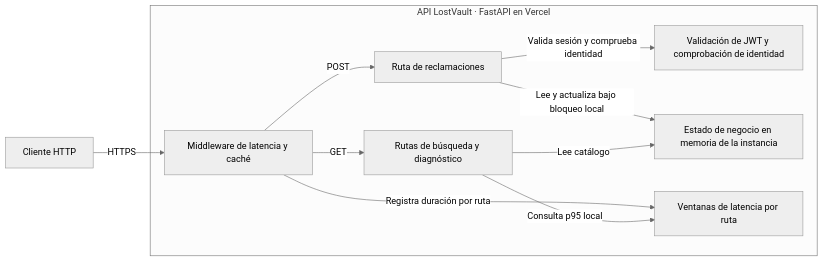
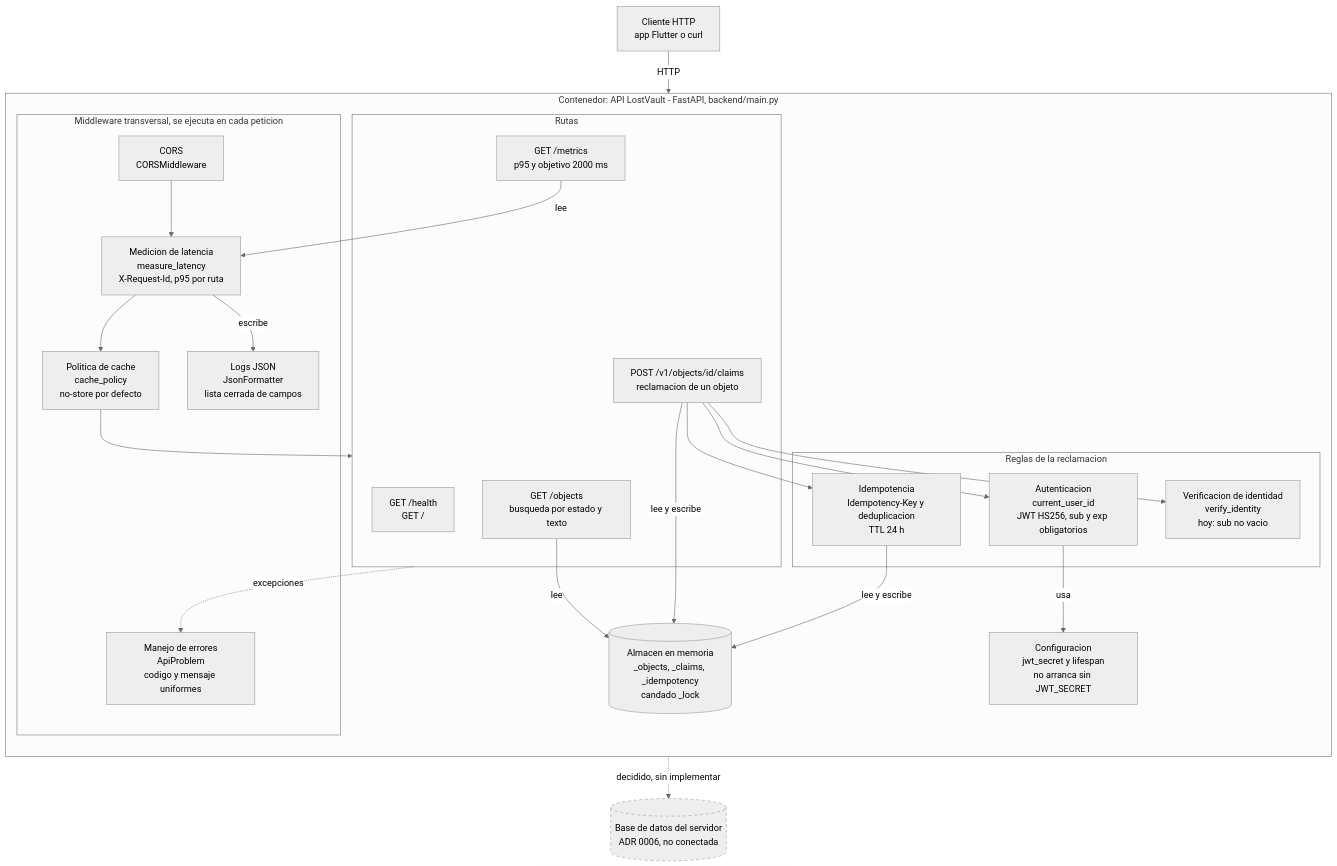
The diagram in docs/c4/c4_nivel3.md (ISCOUTB/AS_202620_LostVault), drawn with Mermaid (neutral theme) before and after one commit. The commit also changed other lines of this file and 1 other file, not shown here.

Commit message:
Restaurar las versiones anteriores de C4

````diff
--- a/docs/c4/c4_nivel3.md
+++ b/docs/c4/c4_nivel3.md
@@ -5,21 +7,51 @@
 ```mermaid
-flowchart LR
-    client["Cliente HTTP"]
-    subgraph api["API LostVault · FastAPI en Vercel"]
-        middleware["Middleware de latencia y caché"]
-        read["Rutas de búsqueda y diagnóstico"]
-        claim["Ruta de reclamaciones"]
-        auth["Validación de JWT y comprobación de identidad"]
-        state["Estado de negocio en memoria de la instancia"]
-        metrics["Ventanas de latencia por ruta"]
+flowchart TB
+    client["Cliente HTTP<br/>app Flutter o curl"]
+
+    subgraph api["Contenedor: API LostVault - FastAPI, backend/main.py"]
+        direction TB
+
+        subgraph transversal["Middleware transversal, se ejecuta en cada peticion"]
+            cors["CORS<br/>CORSMiddleware"]
+            latency["Medicion de latencia<br/>measure_latency<br/>X-Request-Id, p95 por ruta"]
+            cache["Politica de cache<br/>cache_policy<br/>no-store por defecto"]
+            errors["Manejo de errores<br/>ApiProblem<br/>codigo y mensaje uniformes"]
+            logs["Logs JSON<br/>JsonFormatter<br/>lista cerrada de campos"]
+        end
+
+        subgraph routes["Rutas"]
+            health["GET /health<br/>GET /"]
+            metrics["GET /metrics<br/>p95 y objetivo 2000 ms"]
+            search["GET /objects<br/>busqueda por estado y texto"]
+            claim["POST /v1/objects/id/claims<br/>reclamacion de un objeto"]
+        end
+
+        subgraph rules["Reglas de la reclamacion"]
+            auth["Autenticacion<br/>current_user_id<br/>JWT HS256, sub y exp obligatorios"]
+            identity["Verificacion de identidad<br/>verify_identity<br/>hoy: sub no vacio"]
+            idem["Idempotencia<br/>Idempotency-Key y deduplicacion<br/>TTL 24 h"]
+        end
+
+        store[("Almacen en memoria<br/>_objects, _claims, _idempotency<br/>candado _lock")]
+        config["Configuracion<br/>jwt_secret y lifespan<br/>no arranca sin JWT_SECRET"]
     end
 
-    client -->|"HTTPS"| middleware
-    middleware -->|"GET"| read
-    middleware -->|"POST"| claim
-    claim -->|"Valida sesión y comprueba identidad"| auth
-    claim -->|"Lee y actualiza bajo bloqueo local"| state
-    read -->|"Lee catálogo"| state
-    middleware -->|"Registra duración por ruta"| metrics
-    read -->|"Consulta p95 local"| metrics
+    db[("Base de datos del servidor<br/>ADR 0006, no conectada")]
+
+    client -->|"HTTP"| cors
+    cors --> latency --> cache --> routes
+    routes -.->|"excepciones"| errors
+    latency -->|"escribe"| logs
+    metrics -->|"lee"| latency
+    search -->|"lee"| store
+    claim --> auth
+    claim --> idem
+    claim --> identity
+    claim -->|"lee y escribe"| store
+    idem -->|"lee y escribe"| store
+    auth -->|"usa"| config
+    api -.->|"decidido, sin implementar"| db
+
+    classDef planned stroke-dasharray: 5 5
+    class db planned
 ```
````
